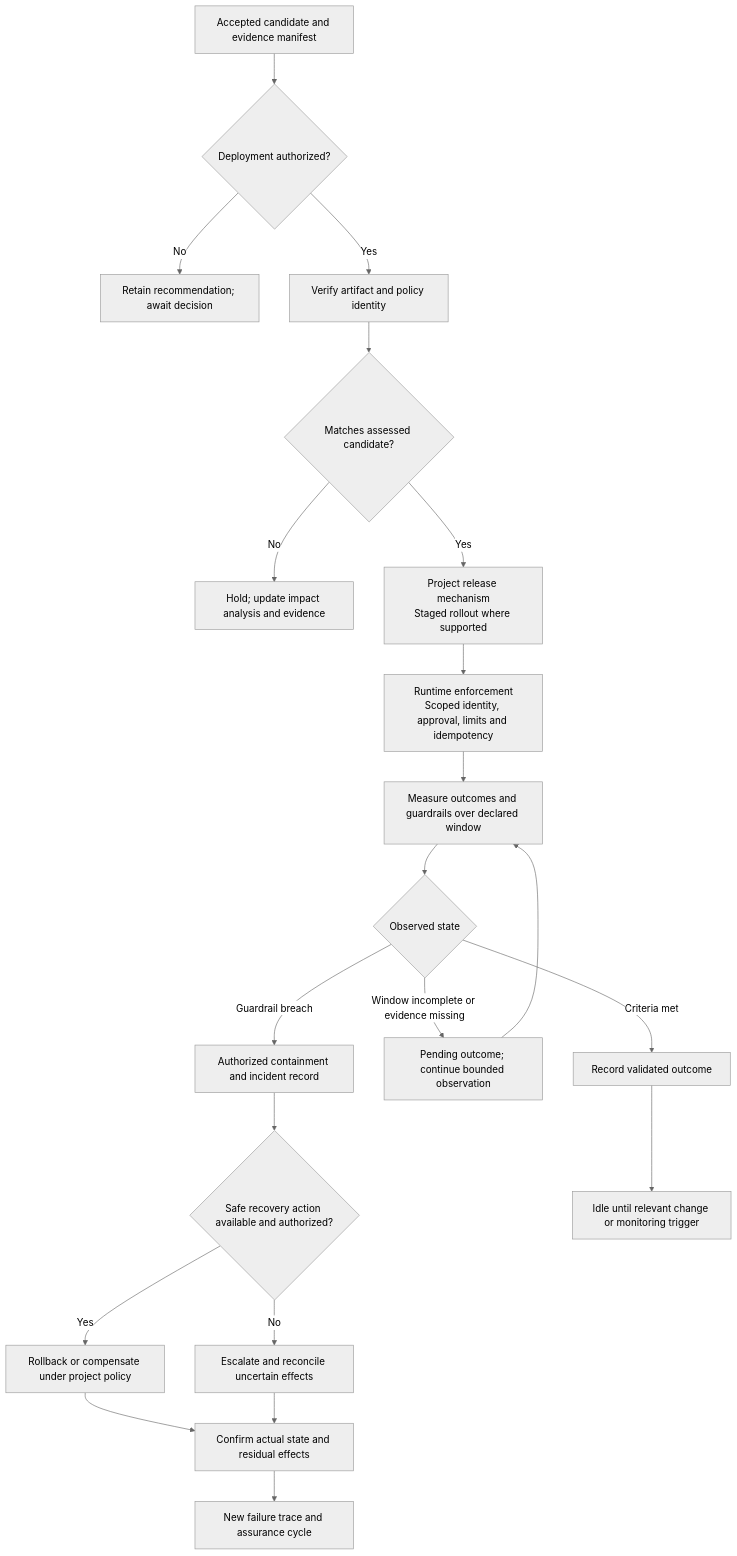
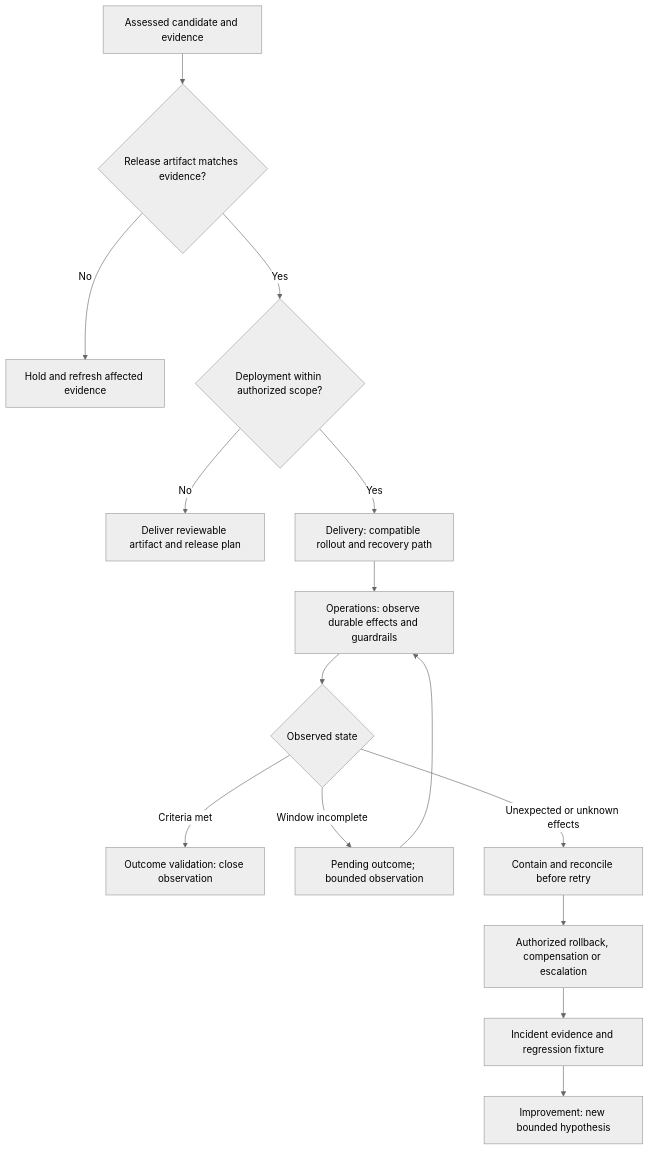
The fourth of 4 diagrams in docs/ARCHITECTURE.md (bijit-ghosh/Agent-Skills), drawn with Mermaid (neutral theme) before and after one commit. The commit also changed other lines of this file and 6 other files, not shown here.

Commit message:
Synchronize architecture, examples, installation and evidence across the 15-skill lifecycle

````diff
--- a/docs/ARCHITECTURE.md
+++ b/docs/ARCHITECTURE.md
@@ -155,23 +168,17 @@
 ```mermaid
 flowchart TD
-    ACCEPT["Accepted candidate and evidence manifest"] --> AUTH{"Deployment authorized?"}
-    AUTH -->|"No"| WAIT["Retain recommendation; await decision"]
-    AUTH -->|"Yes"| ID["Verify artifact and policy identity"]
-    ID --> MATCH{"Matches assessed candidate?"}
-    MATCH -->|"No"| HOLD["Hold; update impact analysis and evidence"]
-    MATCH -->|"Yes"| RELEASE["Project release mechanism<br/>Staged rollout where supported"]
-    RELEASE --> ENFORCE["Runtime enforcement<br/>Scoped identity, approval, limits and idempotency"]
-    ENFORCE --> OBSERVE["Measure outcomes and guardrails over declared window"]
-    OBSERVE --> SIGNAL{"Observed state"}
-    SIGNAL -->|"Criteria met"| COMPLETE["Record validated outcome"]
-    SIGNAL -->|"Window incomplete or evidence missing"| PENDING["Pending outcome; continue bounded observation"]
-    PENDING --> OBSERVE
-    SIGNAL -->|"Guardrail breach"| CONTAIN["Authorized containment and incident record"]
-    CONTAIN --> RECOVER{"Safe recovery action available and authorized?"}
-    RECOVER -->|"Yes"| ACTION["Rollback or compensate under project policy"]
-    RECOVER -->|"No"| ESCALATE["Escalate and reconcile uncertain effects"]
-    ACTION --> RECON["Confirm actual state and residual effects"]
-    ESCALATE --> RECON
-    RECON --> FEEDBACK["New failure trace and assurance cycle"]
-    COMPLETE --> IDLE["Idle until relevant change or monitoring trigger"]
+    Assessed["Assessed candidate and evidence"] --> Match{"Release artifact matches evidence?"}
+    Match -->|"No"| Hold["Hold and refresh affected evidence"]
+    Match -->|"Yes"| Auth{"Deployment within authorized scope?"}
+    Auth -->|"No"| Ready["Deliver reviewable artifact and release plan"]
+    Auth -->|"Yes"| Release["Delivery: compatible rollout and recovery path"]
+    Release --> Observe["Operations: observe durable effects and guardrails"]
+    Observe --> State{"Observed state"}
+    State -->|"Criteria met"| Validate["Outcome validation: close observation"]
+    State -->|"Window incomplete"| Pending["Pending outcome; bounded observation"]
+    Pending --> Observe
+    State -->|"Unexpected or unknown effects"| Reconcile["Contain and reconcile before retry"]
+    Reconcile --> Recovery["Authorized rollback, compensation or escalation"]
+    Recovery --> Evidence["Incident evidence and regression fixture"]
+    Evidence --> Improve["Improvement: new bounded hypothesis"]
 ```
````
